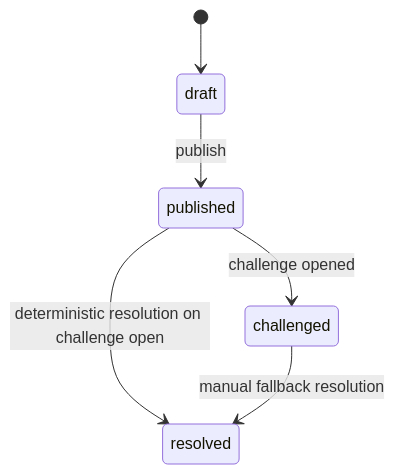
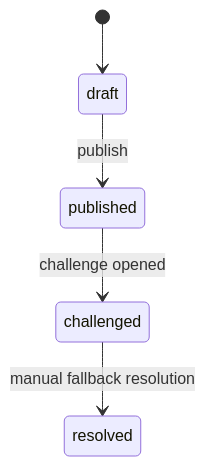
Before and after one commit to akoita/proof-of-audit: the third of 3 diagrams in docs/TECHNICAL_DOCUMENTATION.md, drawn with Mermaid. The commit also changed other lines of this file and 15 other files, not shown here.

Commit message:
Retire deterministic challenge verifier

````diff
--- a/docs/TECHNICAL_DOCUMENTATION.md
+++ b/docs/TECHNICAL_DOCUMENTATION.md
@@ -118,8 +118,7 @@
 ```mermaid
 stateDiagram-v2
     [*] --> draft
     draft --> published: publish
     published --> challenged: challenge opened
-    published --> resolved: deterministic resolution on challenge open
     challenged --> resolved: manual fallback resolution
 ```
````
